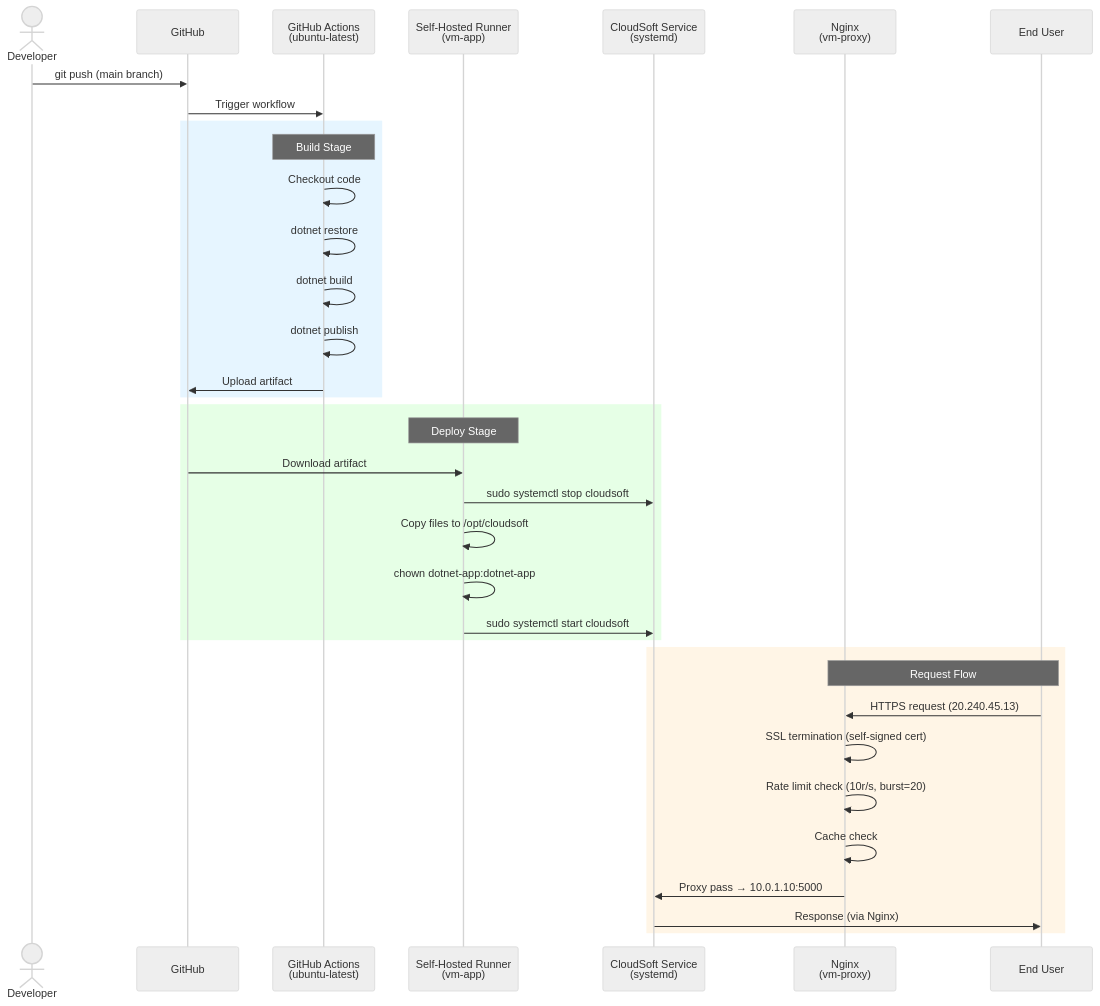
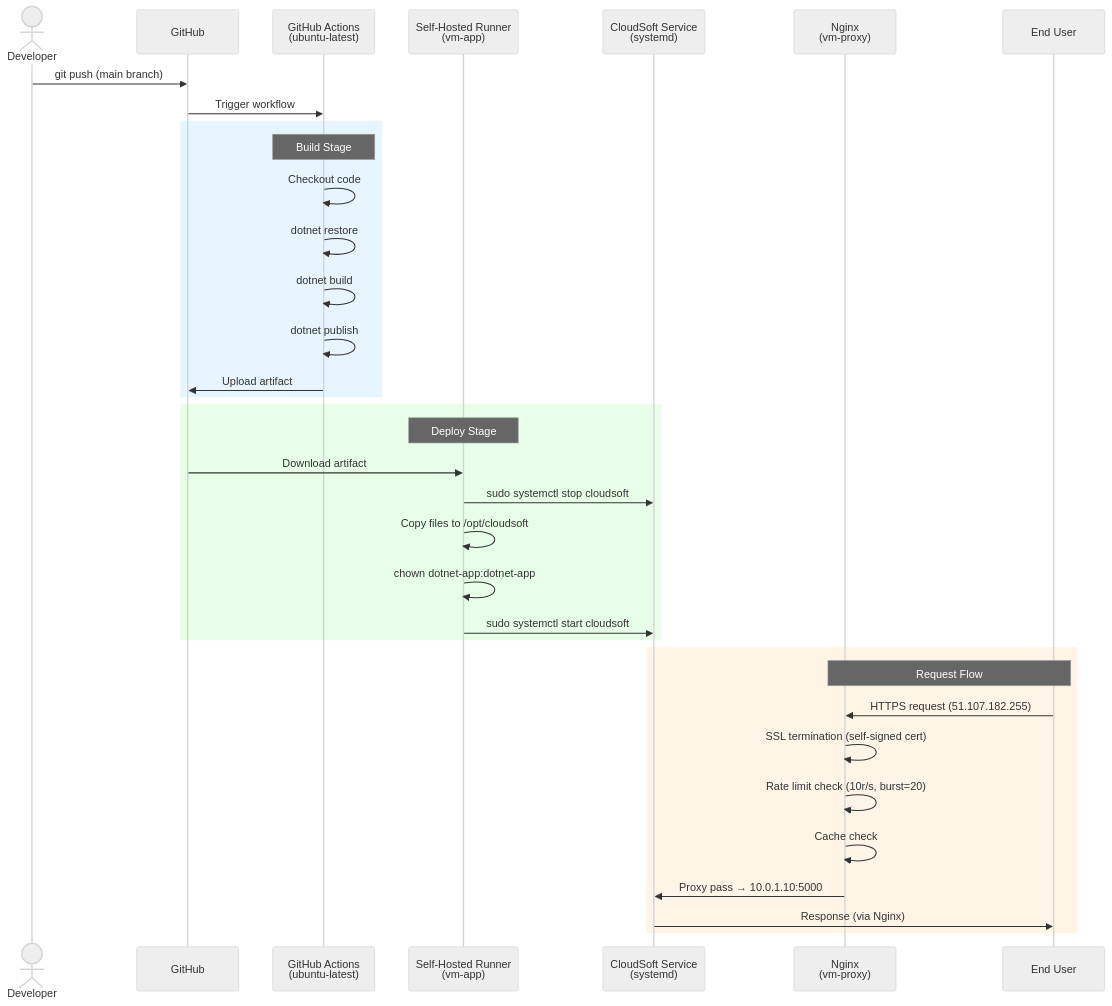
The second of 2 diagrams in assignment-report.md (larsappel/CloudSoft), drawn with Mermaid (neutral theme) before and after one commit. The commit also changed other lines of this file, not shown here.

````diff
--- a/assignment-report.md
+++ b/assignment-report.md
@@ -58,41 +58,41 @@
 ```mermaid
 sequenceDiagram
     actor Dev as Developer
     participant GH as GitHub
     participant CI as GitHub Actions<br/>(ubuntu-latest)
     participant Runner as Self-Hosted Runner<br/>(vm-app)
     participant App as CloudSoft Service<br/>(systemd)
     participant Nginx as Nginx<br/>(vm-proxy)
     participant User as End User
 
     Dev->>GH: git push (main branch)
     GH->>CI: Trigger workflow
 
     rect rgb(230, 245, 255)
         Note over CI: Build Stage
         CI->>CI: Checkout code
         CI->>CI: dotnet restore
         CI->>CI: dotnet build
         CI->>CI: dotnet publish
         CI->>GH: Upload artifact
     end
 
     rect rgb(230, 255, 230)
         Note over Runner: Deploy Stage
         GH->>Runner: Download artifact
         Runner->>App: sudo systemctl stop cloudsoft
         Runner->>Runner: Copy files to /opt/cloudsoft
         Runner->>Runner: chown dotnet-app:dotnet-app
         Runner->>App: sudo systemctl start cloudsoft
     end
 
     rect rgb(255, 245, 230)
         Note over User,Nginx: Request Flow
-        User->>Nginx: HTTPS request (20.240.45.13)
+        User->>Nginx: HTTPS request (51.107.182.255)
         Nginx->>Nginx: SSL termination (self-signed cert)
         Nginx->>Nginx: Rate limit check (10r/s, burst=20)
         Nginx->>Nginx: Cache check
         Nginx->>App: Proxy pass → 10.0.1.10:5000
         App->>User: Response (via Nginx)
     end
 ```
````
